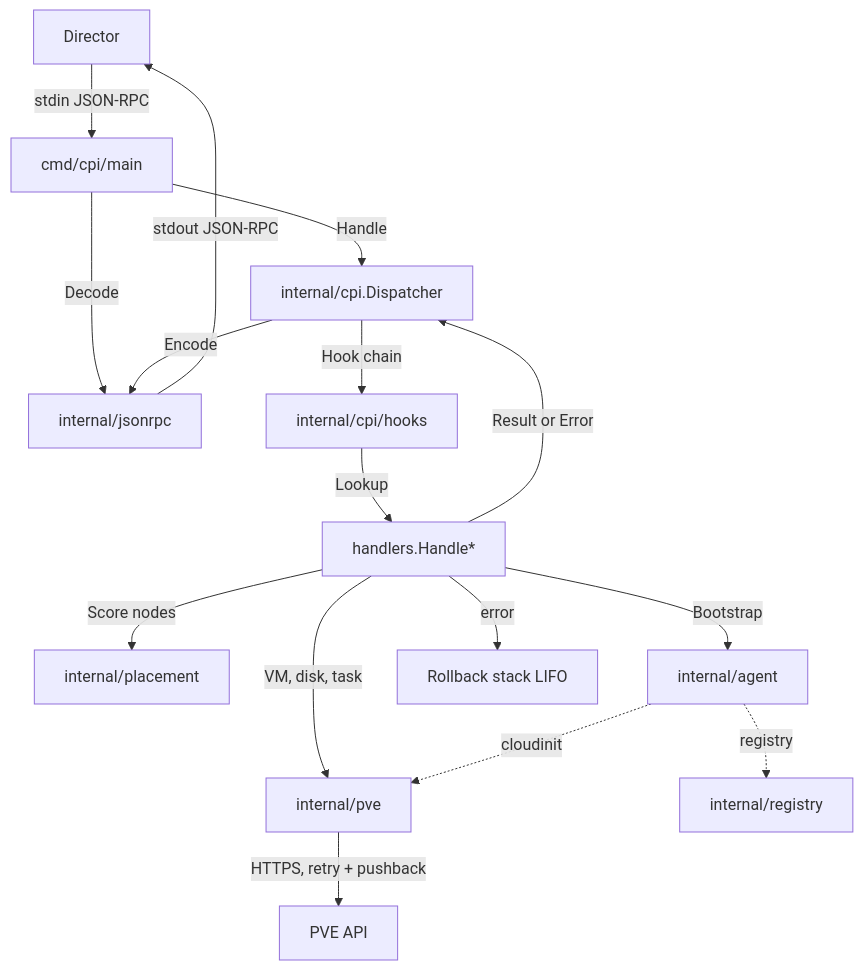
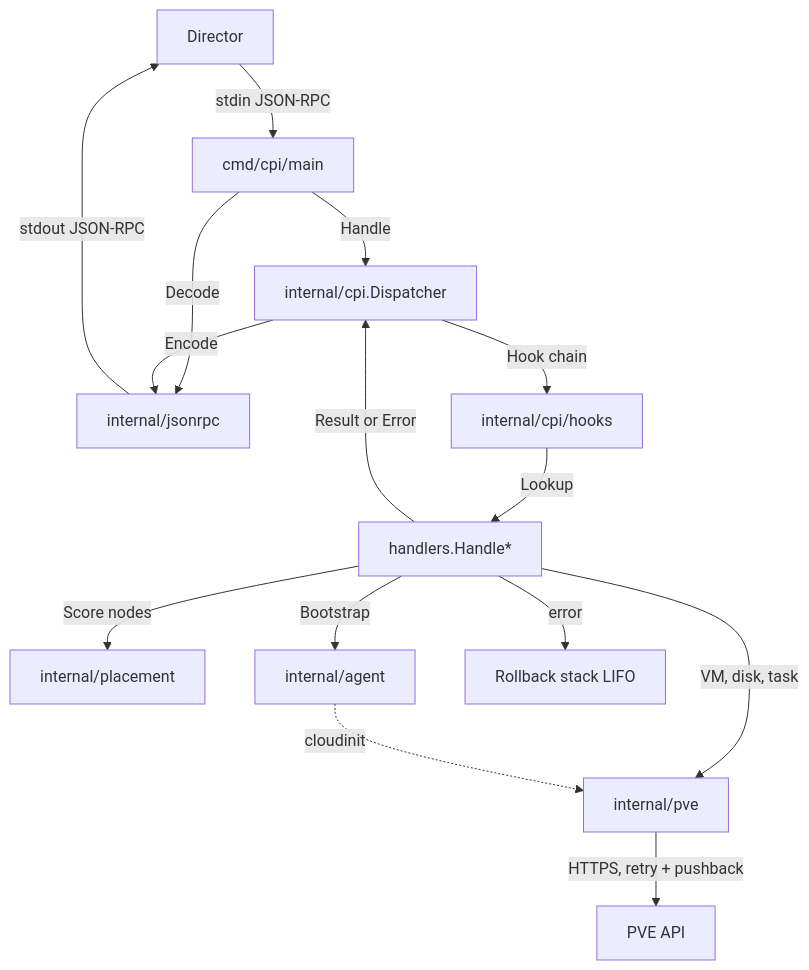
The second of 3 diagrams in docs/architecture.md (fivetwenty-io/bosh-proxmox-cpi-release), drawn with Mermaid before and after one commit. The commit also changed other lines of this file and 45 other files, not shown here.

First line of the commit message:
Remove BOSH registry agent mode support

````diff
--- a/docs/architecture.md
+++ b/docs/architecture.md
@@ -134,18 +129,17 @@
 ```mermaid
 graph TD
     Director -->|stdin JSON-RPC| Main[cmd/cpi/main]
     Main -->|Decode| RPC[internal/jsonrpc]
     Main -->|Handle| Dispatcher[internal/cpi.Dispatcher]
     Dispatcher -->|Hook chain| Hooks[internal/cpi/hooks]
     Hooks -->|Lookup| Handler[handlers.Handle*]
     Handler -->|Score nodes| Placement[internal/placement]
     Handler -->|VM, disk, task| PVE[internal/pve]
     Handler -->|Bootstrap| Agent[internal/agent]
     PVE -->|HTTPS, retry + pushback| API[PVE API]
     Agent -.->|cloudinit| PVE
-    Agent -.->|registry| Registry[internal/registry]
     Handler -->|error| Rollback[Rollback stack LIFO]
     Handler -->|Result or Error| Dispatcher
     Dispatcher -->|Encode| RPC
     RPC -->|stdout JSON-RPC| Director
 ```
````
